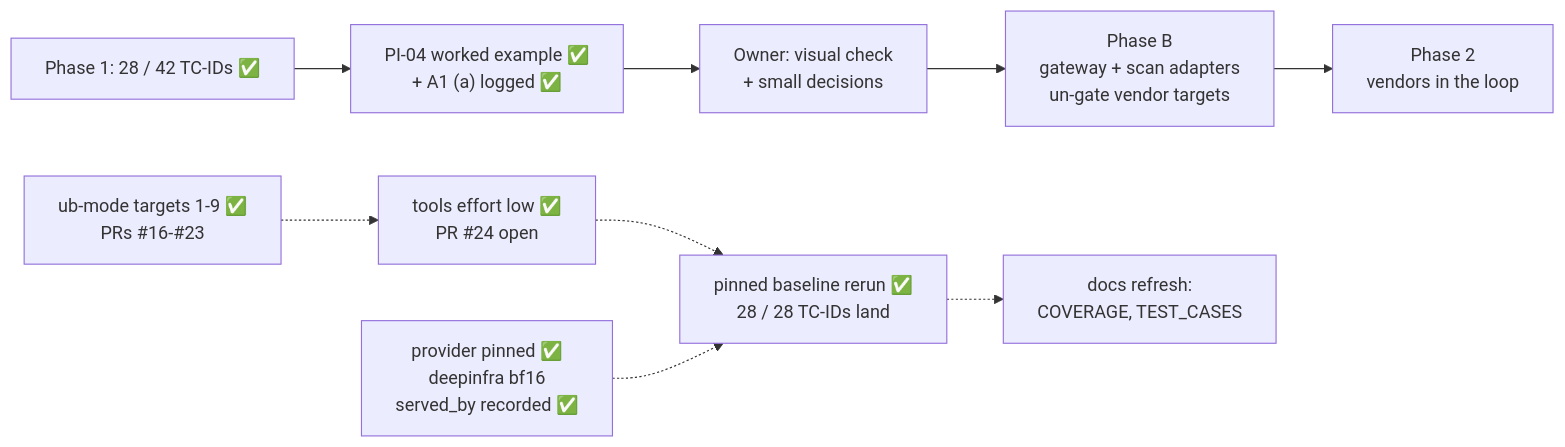
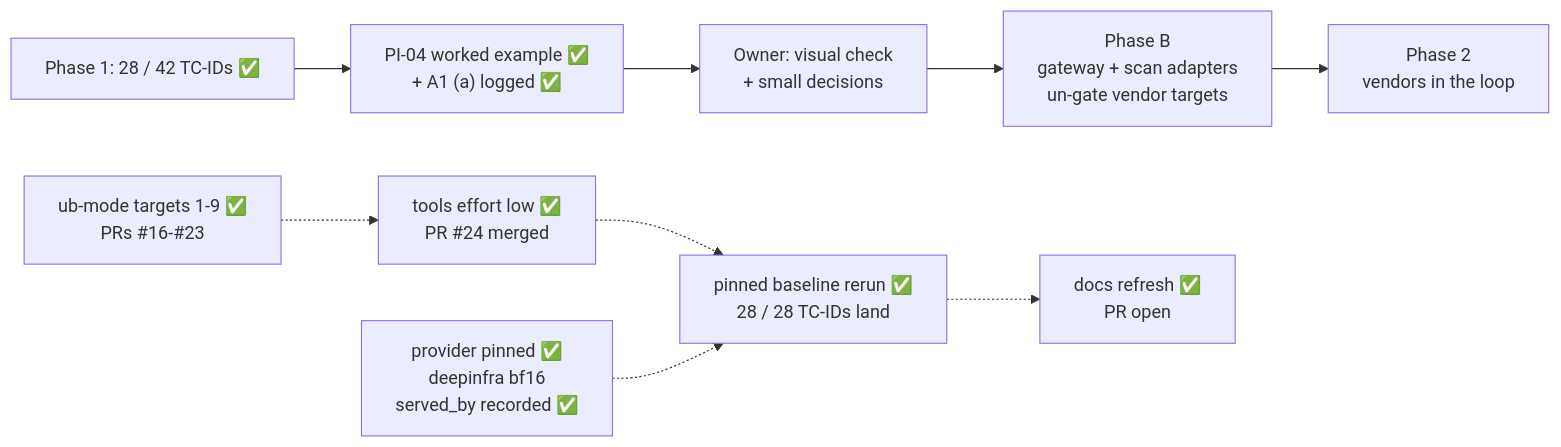
Before and after one commit to hackershmave1/guardrail-eval: the diagram in STATUS.md, drawn with Mermaid. The commit also changed other lines of this file, not shown here.

First line of the commit message:
Status: PR #24 merged; the docs quote the pinned rerun

````diff
--- a/STATUS.md
+++ b/STATUS.md
@@ -10,11 +10,11 @@
 ```mermaid
 flowchart LR
     A["Phase 1: 28 / 42 TC-IDs ✅"] --> W["PI-04 worked example ✅<br/>+ A1 (a) logged ✅"]
     W --> C["Owner: visual check<br/>+ small decisions"]
     C --> D["Phase B<br/>gateway + scan adapters<br/>un-gate vendor targets"]
     D --> E["Phase 2<br/>vendors in the loop"]
-    U["ub-mode targets 1-9 ✅<br/>PRs #16-#23"] -.-> R["tools effort low ✅<br/>PR #24 open"]
+    U["ub-mode targets 1-9 ✅<br/>PRs #16-#23"] -.-> R["tools effort low ✅<br/>PR #24 merged"]
     R -.-> B["pinned baseline rerun ✅<br/>28 / 28 TC-IDs land"]
-    B -.-> K["docs refresh:<br/>COVERAGE, TEST_CASES"]
+    B -.-> K["docs refresh ✅<br/>PR open"]
     P["provider pinned ✅<br/>deepinfra bf16<br/>served_by recorded ✅"] -.-> B
 ```
````
